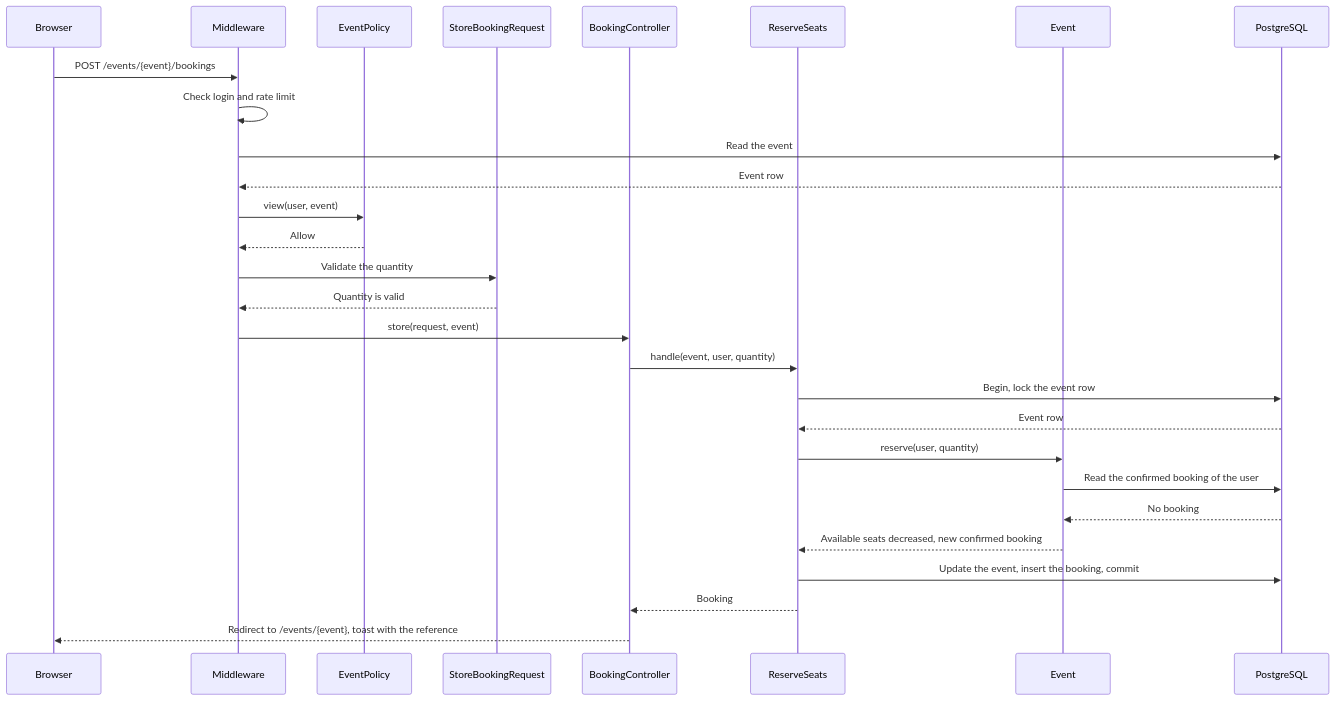
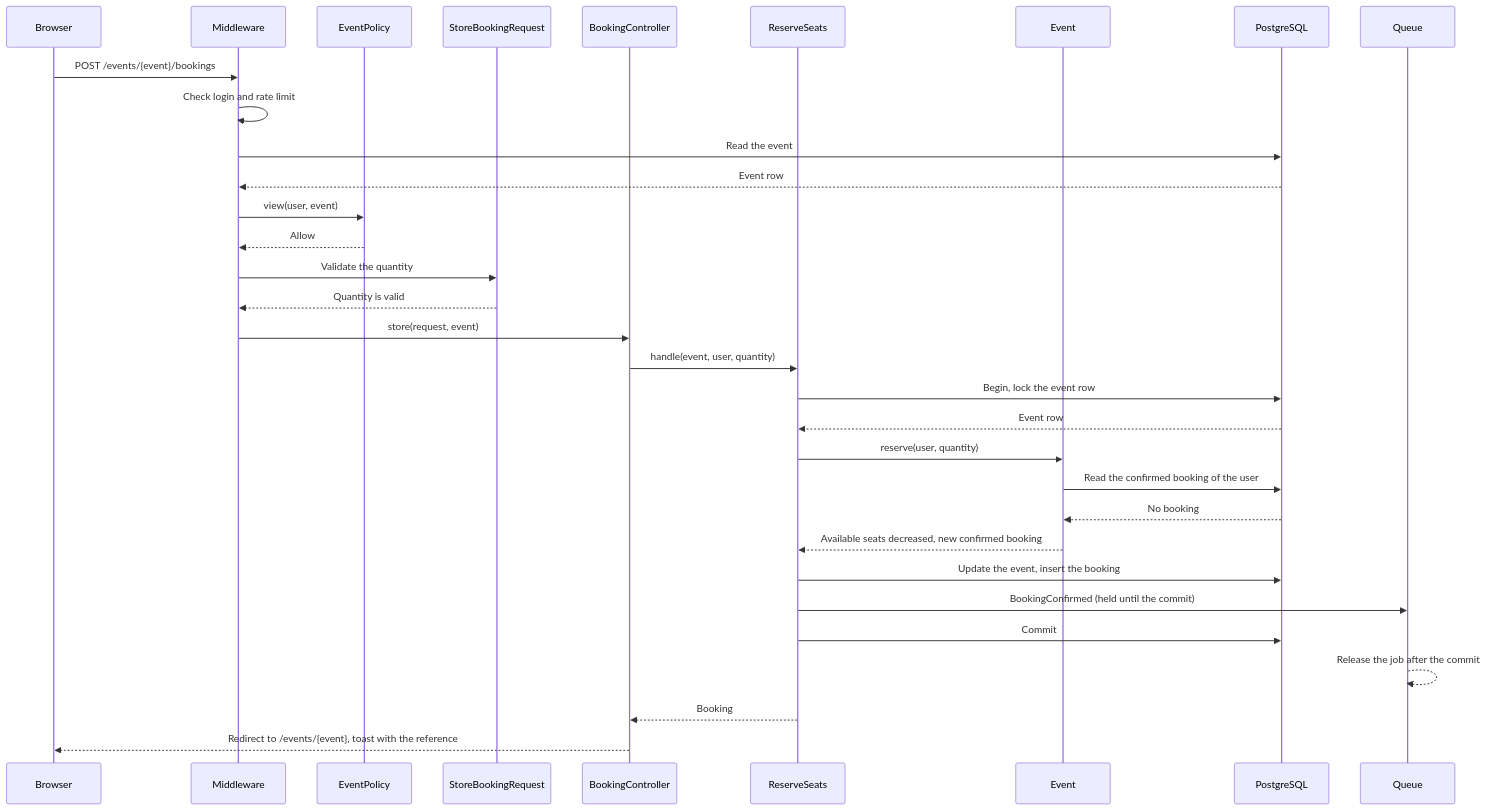
Before and after one commit to Leonelmarianog/event-booking-system: the first of 4 diagrams in app/Actions/ReserveSeats/README.md, drawn with Mermaid. The commit also changed other lines of this file and 2 other files, not shown here.

Commit message:
docs: document the BookingConfirmed email and update handoff

````diff
--- a/app/Actions/ReserveSeats/README.md
+++ b/app/Actions/ReserveSeats/README.md
@@ -38,31 +42,35 @@
 ```mermaid
 sequenceDiagram
     participant Browser
     participant Middleware
     participant Policy as EventPolicy
     participant Request as StoreBookingRequest
     participant Controller as BookingController
     participant Action as ReserveSeats
     participant Event
     participant DB as PostgreSQL
+    participant Queue
 
     Browser->>Middleware: POST /events/{event}/bookings
     Middleware->>Middleware: Check login and rate limit
     Middleware->>DB: Read the event
     DB-->>Middleware: Event row
     Middleware->>Policy: view(user, event)
     Policy-->>Middleware: Allow
     Middleware->>Request: Validate the quantity
     Request-->>Middleware: Quantity is valid
     Middleware->>Controller: store(request, event)
     Controller->>Action: handle(event, user, quantity)
     Action->>DB: Begin, lock the event row
     DB-->>Action: Event row
     Action->>Event: reserve(user, quantity)
     Event->>DB: Read the confirmed booking of the user
     DB-->>Event: No booking
     Event-->>Action: Available seats decreased, new confirmed booking
-    Action->>DB: Update the event, insert the booking, commit
+    Action->>DB: Update the event, insert the booking
+    Action->>Queue: BookingConfirmed (held until the commit)
+    Action->>DB: Commit
+    Queue-->>Queue: Release the job after the commit
     Action-->>Controller: Booking
     Controller-->>Browser: Redirect to /events/{event}, toast with the reference
 ```
````
